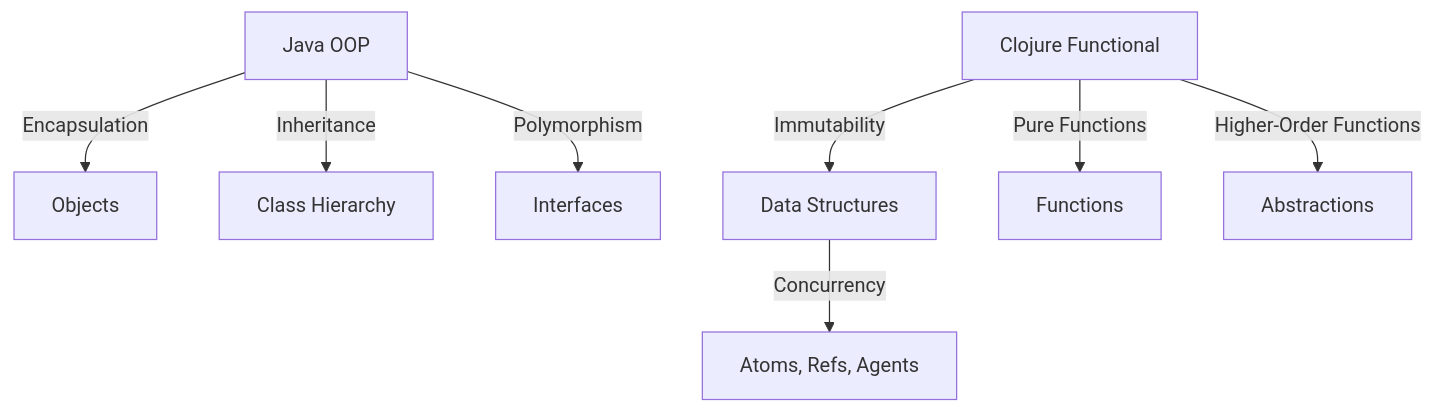
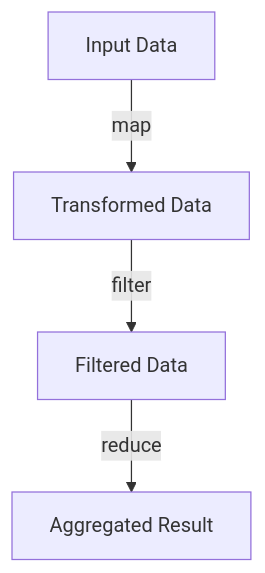
One commit to MasteryEducation/ClojureForJava.com changed the first of 2 diagrams in content/3/18/2/index.md. Above: the diagram before and after it, drawn with Mermaid. The commit also changed other lines of this file and 74 other files, not shown here.

````diff
--- a/content/3/18/2/index.md
+++ b/content/3/18/2/index.md
@@ -134,10 +176,6 @@
 ```mermaid
 graph TD;
-    A[Java OOP] -->|Encapsulation| B[Objects];
-    A -->|Inheritance| C[Class Hierarchy];
-    A -->|Polymorphism| D[Interfaces];
-    E[Clojure Functional] -->|Immutability| F[Data Structures];
-    E -->|Pure Functions| G[Functions];
-    E -->|Higher-Order Functions| H[Abstractions];
-    F -->|Concurrency| I[Atoms, Refs, Agents];
+    A[Input Data] -->|map| B[Transformed Data];
+    B -->|filter| C[Filtered Data];
+    C -->|reduce| D[Aggregated Result];
 ```
````
